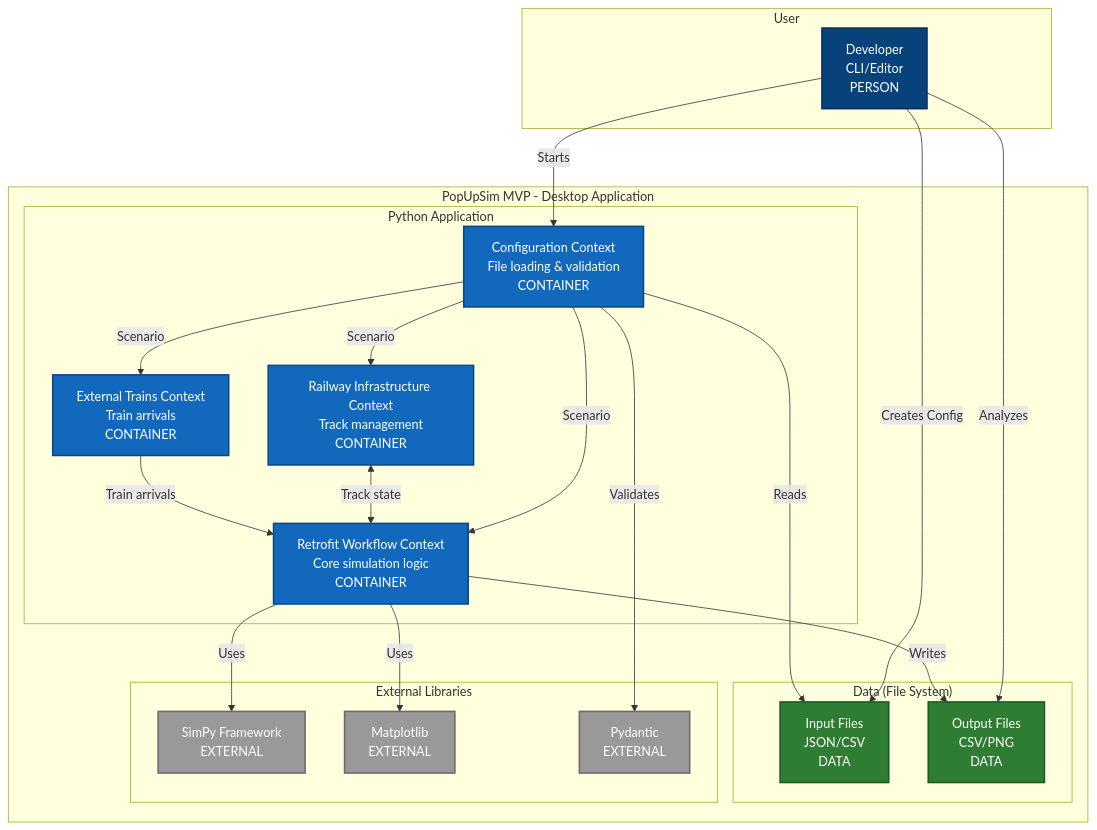
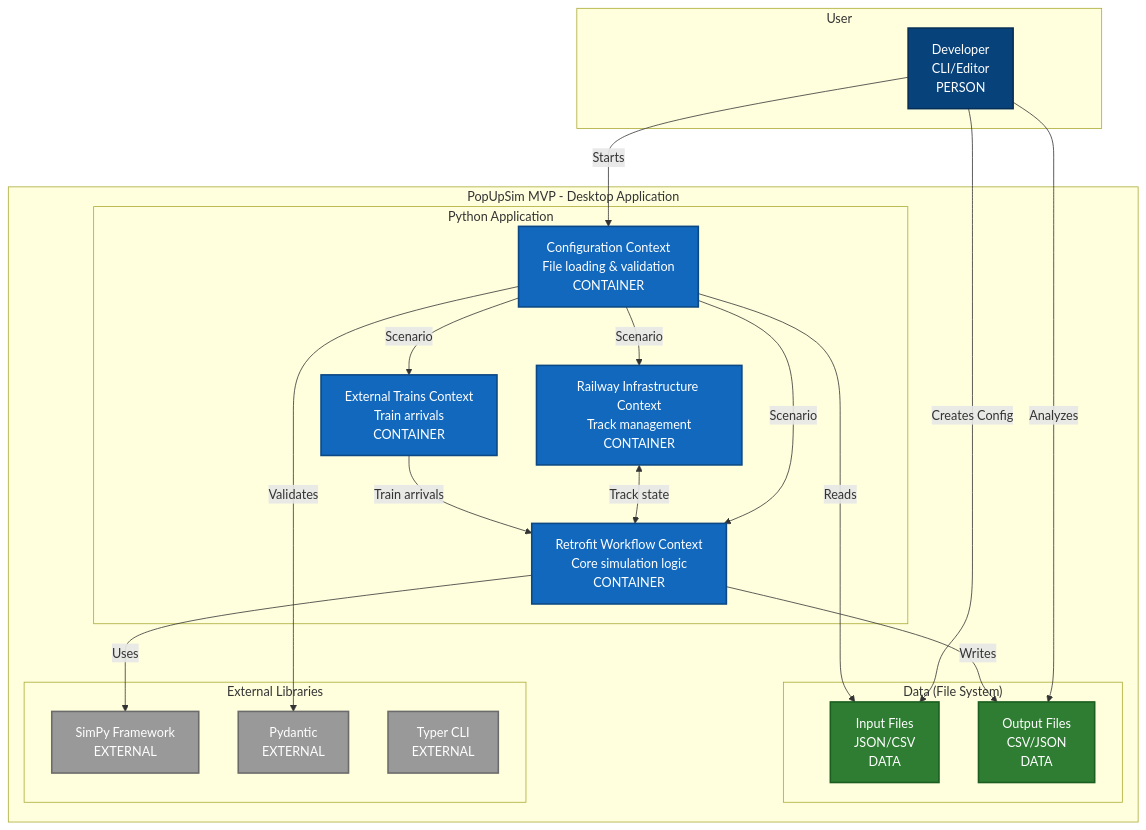
One commit to OpenRailAssociation/dac-migration-dss-popupsim changed the second of 3 diagrams in docs/mvp/development/01-mvp-overview.md. Above: the diagram before and after it, drawn with Mermaid. The commit also changed other lines of this file and 73 other files, not shown here.

````diff
--- a/docs/mvp/development/01-mvp-overview.md
+++ b/docs/mvp/development/01-mvp-overview.md
@@ -61,52 +61,51 @@
 ```mermaid
 graph TB
     subgraph "PopUpSim MVP - Desktop Application"
         subgraph "Python Application"
             CFG[Configuration Context<br/>File loading & validation<br/>CONTAINER]
             RWF[Retrofit Workflow Context<br/>Core simulation logic<br/>CONTAINER]
             RLY[Railway Infrastructure Context<br/>Track management<br/>CONTAINER]
             EXT[External Trains Context<br/>Train arrivals<br/>CONTAINER]
         end
 
         subgraph "Data (File System)"
             ConfigFiles[Input Files<br/>JSON/CSV<br/>DATA]
-            ResultFiles[Output Files<br/>CSV/PNG<br/>DATA]
+            ResultFiles[Output Files<br/>CSV/JSON<br/>DATA]
         end
 
         subgraph "External Libraries"
             SimPy[SimPy Framework<br/>EXTERNAL]
-            Matplotlib[Matplotlib<br/>EXTERNAL]
             Pydantic[Pydantic<br/>EXTERNAL]
+            Typer[Typer CLI<br/>EXTERNAL]
         end
     end
 
     subgraph "User"
         Developer[Developer<br/>CLI/Editor<br/>PERSON]
     end
 
     Developer -->|Creates Config| ConfigFiles
     Developer -->|Starts| CFG
     Developer -->|Analyzes| ResultFiles
 
     CFG -->|Reads| ConfigFiles
     CFG -->|Validates| Pydantic
     CFG -->|Scenario| RWF
     CFG -->|Scenario| RLY
     CFG -->|Scenario| EXT
 
     RLY <-->|Track state| RWF
     EXT -->|Train arrivals| RWF
     RWF -->|Uses| SimPy
-    RWF -->|Uses| Matplotlib
     RWF -->|Writes| ResultFiles
 
     classDef container fill:#1168bd,stroke:#0b4884,stroke-width:2px,color:#fff
     classDef data fill:#2e7d32,stroke:#1b5e20,stroke-width:2px,color:#fff
     classDef external fill:#999999,stroke:#6b6b6b,stroke-width:2px,color:#fff
     classDef person fill:#08427b,stroke:#052e56,stroke-width:2px,color:#fff
 
     class CFG,RWF,RLY,EXT container
     class ConfigFiles,ResultFiles data
-    class SimPy,Matplotlib,Pydantic external
+    class SimPy,Pydantic,Typer external
     class Developer person
 ```
````
